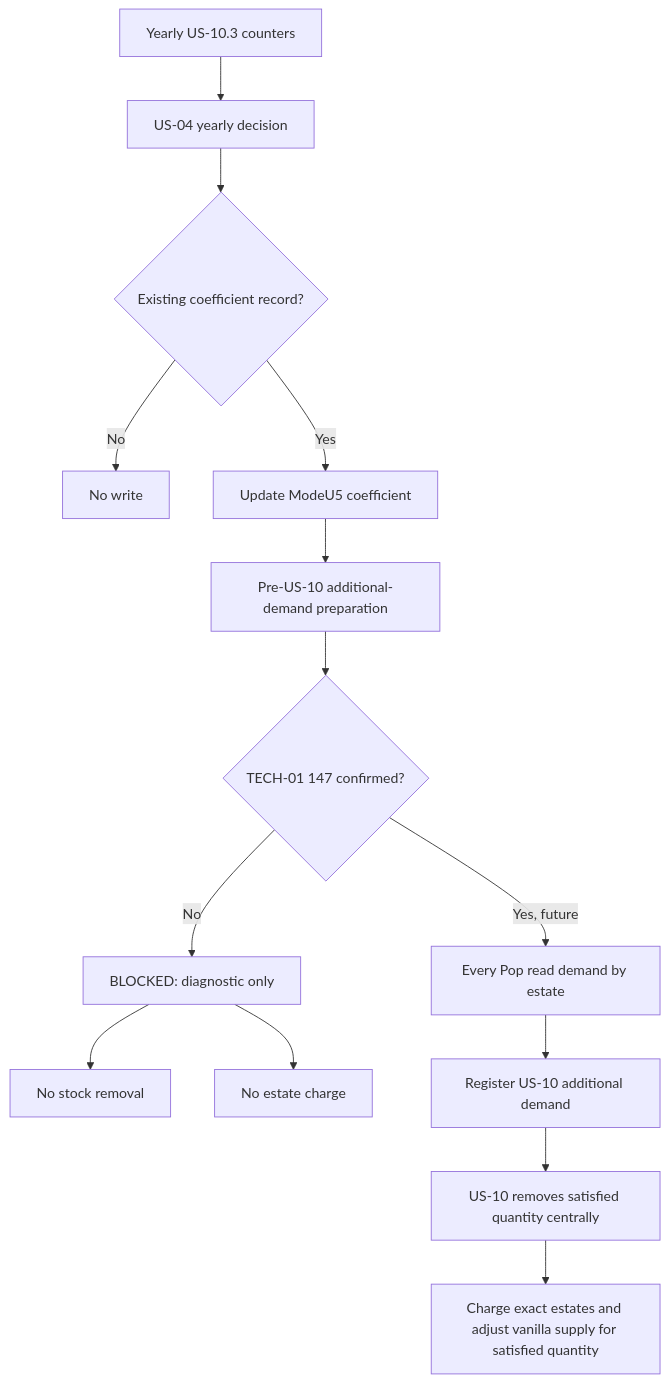
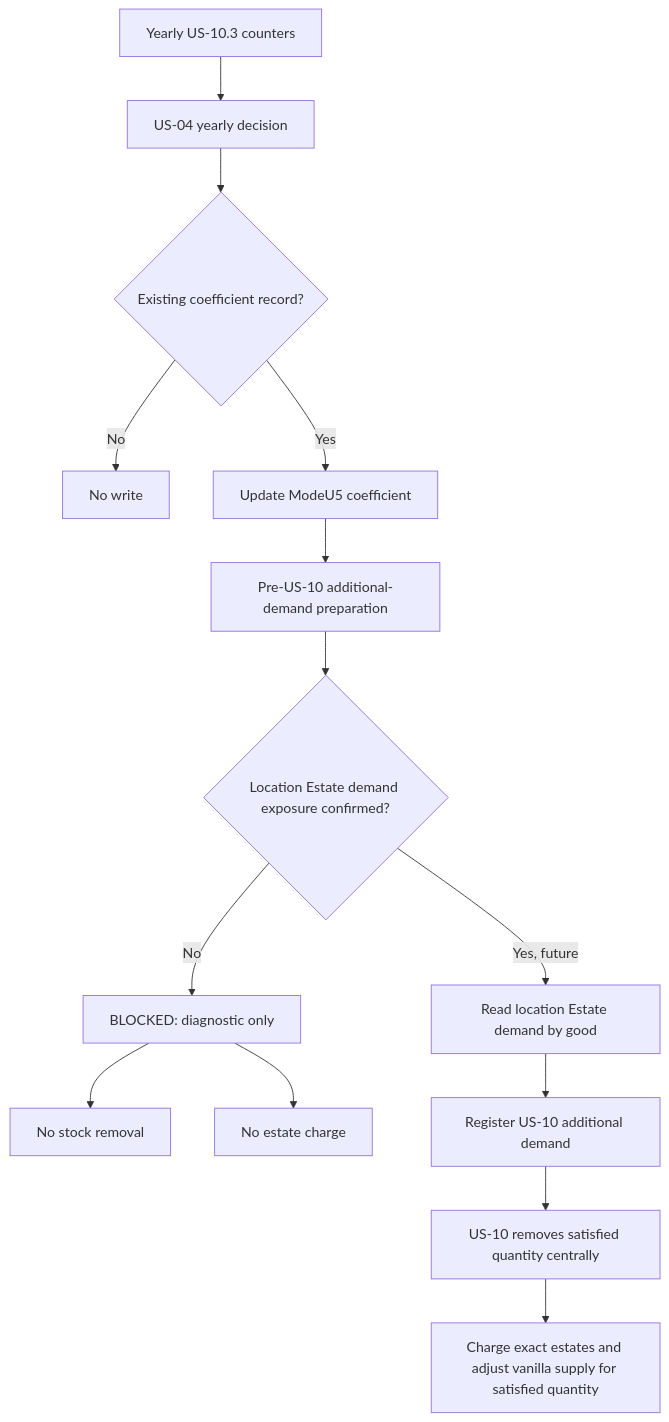
Before and after one commit to eu5mod/eu5-no-void-economy: the diagram in docs/audits/pr69/Q5_flux_logique_global.v3.md, drawn with Mermaid. The commit also changed other lines of this file and 16 other files, not shown here.

````diff
--- a/docs/audits/pr69/Q5_flux_logique_global.v3.md
+++ b/docs/audits/pr69/Q5_flux_logique_global.v3.md
@@ -236,16 +238,16 @@
 ```mermaid
 flowchart TD
     A[Yearly US-10.3 counters] --> B[US-04 yearly decision]
     B --> C{Existing coefficient record?}
     C -->|No| D[No write]
     C -->|Yes| E[Update ModeU5 coefficient]
     E --> F[Pre-US-10 additional-demand preparation]
-    F --> G{TECH-01 147 confirmed?}
+    F --> G{Location Estate demand exposure confirmed?}
     G -->|No| H[BLOCKED: diagnostic only]
     H --> I[No stock removal]
     H --> J[No estate charge]
-    G -->|Yes, future| K[Every Pop read demand by estate]
+    G -->|Yes, future| K[Read location Estate demand by good]
     K --> L[Register US-10 additional demand]
     L --> M[US-10 removes satisfied quantity centrally]
     M --> N[Charge exact estates and adjust vanilla supply for satisfied quantity]
 ```
````
